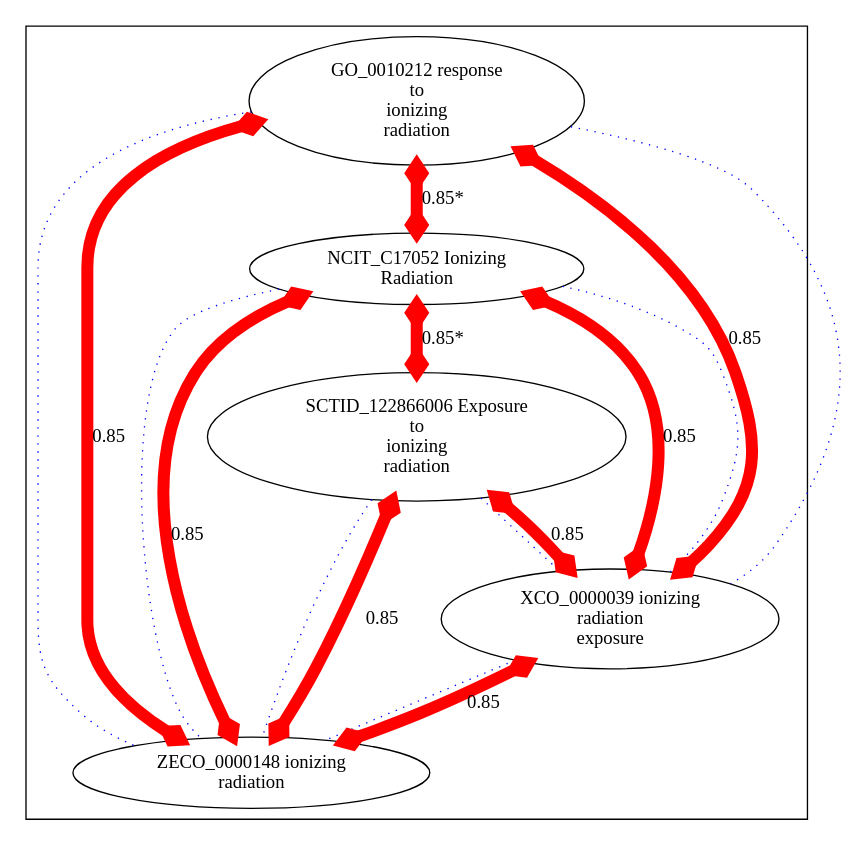
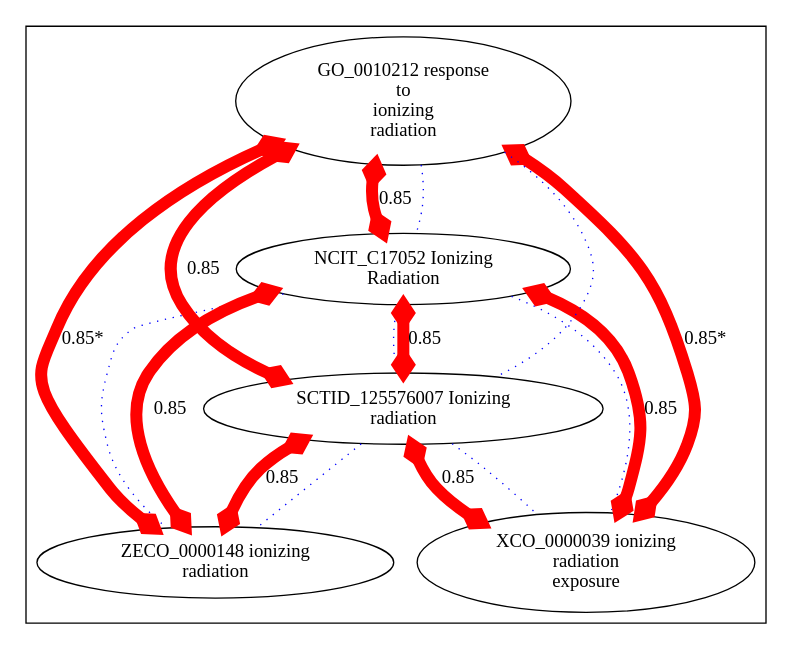
Before and after one commit to cmungall/radiation-ontology: the diagram in target/img-XCO_0000039.dot, drawn with Graphviz. The commit also changed 25 other files, not shown here.

```diff
--- a/target/img-XCO_0000039.dot
+++ b/target/img-XCO_0000039.dot
@@ -1,47 +1,45 @@
 digraph cliquegraph {
 subgraph cluster_XCO_0000039 {XCO_0000039 [ label="XCO_0000039 ionizing
 radiation
 exposure" ];
 ZECO_0000148 [ label="ZECO_0000148 ionizing
 radiation" ];
+SCTID_125576007 [ label="SCTID_125576007 Ionizing
+radiation" ];
 NCIT_C17052 [ label="NCIT_C17052 Ionizing
 Radiation" ];
 GO_0010212 [ label="GO_0010212 response
 to
 ionizing
-radiation" ];
-SCTID_122866006 [ label="SCTID_122866006 Exposure
-to
-ionizing
 radiation" ];}
-NCIT_C17052 -> XCO_0000039 [ arrowhead = none, penwidth=1, color=blue, label="", style=dotted]
+GO_0010212 -> NCIT_C17052 [ arrowhead = none, penwidth=1, color=blue, label="", style=dotted]
 
-GO_0010212 -> ZECO_0000148 [ arrowhead = none, penwidth=1, color=blue, label="", style=dotted]
-
-GO_0010212 -> XCO_0000039 [ arrowhead = none, penwidth=1, color=blue, label="", style=dotted]
-
-SCTID_122866006 -> ZECO_0000148 [ arrowhead = none, penwidth=1, color=blue, label="", style=dotted]
+NCIT_C17052 -> SCTID_125576007 [ arrowhead = none, penwidth=1, color=blue, label="", style=dotted]
 
 NCIT_C17052 -> ZECO_0000148 [ arrowhead = none, penwidth=1, color=blue, label="", style=dotted]
 
-SCTID_122866006 -> XCO_0000039 [ arrowhead = none, penwidth=1, color=blue, label="", style=dotted]
+SCTID_125576007 -> XCO_0000039 [ arrowhead = none, penwidth=1, color=blue, label="", style=dotted]
 
-XCO_0000039 -> ZECO_0000148 [ arrowhead = none, penwidth=1, color=blue, label="", style=dotted]
-GO_0010212 -> XCO_0000039 [ arrowhead = ediamond, penwidth=9, color=red, label="0.85", style=solid, arrowtail=ediamond, dir=both]
+GO_0010212 -> SCTID_125576007 [ arrowhead = none, penwidth=1, color=blue, label="", style=dotted]
 
-SCTID_122866006 -> ZECO_0000148 [ arrowhead = ediamond, penwidth=9, color=red, label="0.85", style=solid, arrowtail=ediamond, dir=both]
+NCIT_C17052 -> XCO_0000039 [ arrowhead = none, penwidth=1, color=blue, label="", style=dotted]
 
-NCIT_C17052 -> SCTID_122866006 [ arrowhead = ediamond, penwidth=9, color=red, label="0.85*", style=solid, arrowtail=ediamond, dir=both]
+SCTID_125576007 -> ZECO_0000148 [ arrowhead = none, penwidth=1, color=blue, label="", style=dotted]
+GO_0010212 -> XCO_0000039 [ arrowhead = ediamond, penwidth=9, color=red, label="0.85*", style=solid, arrowtail=ediamond, dir=both]
 
-GO_0010212 -> NCIT_C17052 [ arrowhead = ediamond, penwidth=9, color=red, label="0.85*", style=solid, arrowtail=ediamond, dir=both]
+GO_0010212 -> SCTID_125576007 [ arrowhead = ediamond, penwidth=9, color=red, label="0.85", style=solid, arrowtail=ediamond, dir=both]
 
-SCTID_122866006 -> XCO_0000039 [ arrowhead = ediamond, penwidth=9, color=red, label="0.85", style=solid, arrowtail=ediamond, dir=both]
+GO_0010212 -> NCIT_C17052 [ arrowhead = ediamond, penwidth=9, color=red, label="0.85", style=solid, arrowtail=ediamond, dir=both]
 
-GO_0010212 -> ZECO_0000148 [ arrowhead = ediamond, penwidth=9, color=red, label="0.85", style=solid, arrowtail=ediamond, dir=both]
+NCIT_C17052 -> SCTID_125576007 [ arrowhead = ediamond, penwidth=9, color=red, label="0.85", style=solid, arrowtail=ediamond, dir=both]
 
-XCO_0000039 -> ZECO_0000148 [ arrowhead = ediamond, penwidth=9, color=red, label="0.85", style=solid, arrowtail=ediamond, dir=both]
+GO_0010212 -> ZECO_0000148 [ arrowhead = ediamond, penwidth=9, color=red, label="0.85*", style=solid, arrowtail=ediamond, dir=both]
+
+SCTID_125576007 -> ZECO_0000148 [ arrowhead = ediamond, penwidth=9, color=red, label="0.85", style=solid, arrowtail=ediamond, dir=both]
 
 NCIT_C17052 -> ZECO_0000148 [ arrowhead = ediamond, penwidth=9, color=red, label="0.85", style=solid, arrowtail=ediamond, dir=both]
 
+SCTID_125576007 -> XCO_0000039 [ arrowhead = ediamond, penwidth=9, color=red, label="0.85", style=solid, arrowtail=ediamond, dir=both]
+
 NCIT_C17052 -> XCO_0000039 [ arrowhead = ediamond, penwidth=9, color=red, label="0.85", style=solid, arrowtail=ediamond, dir=both]
 }
```
